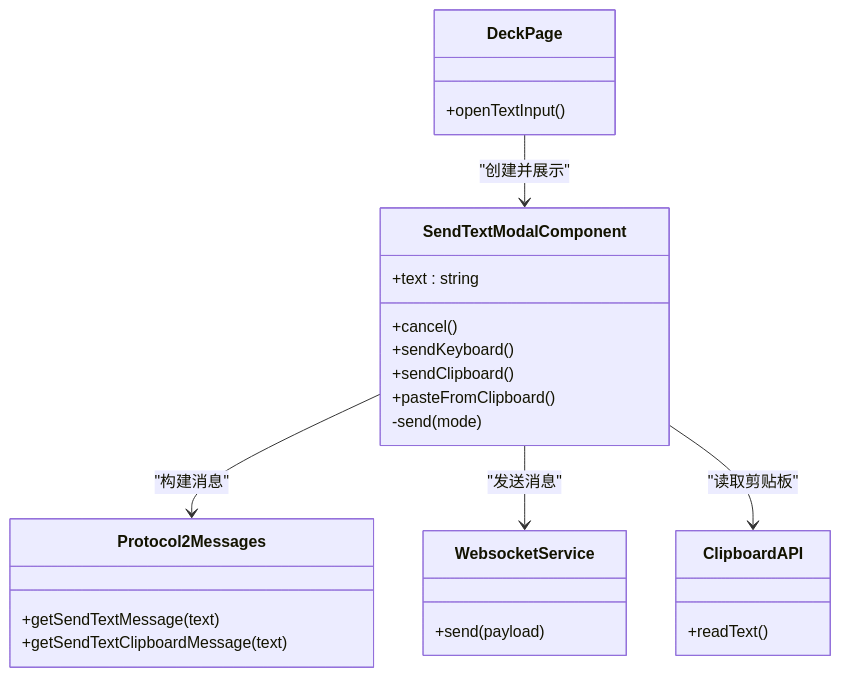
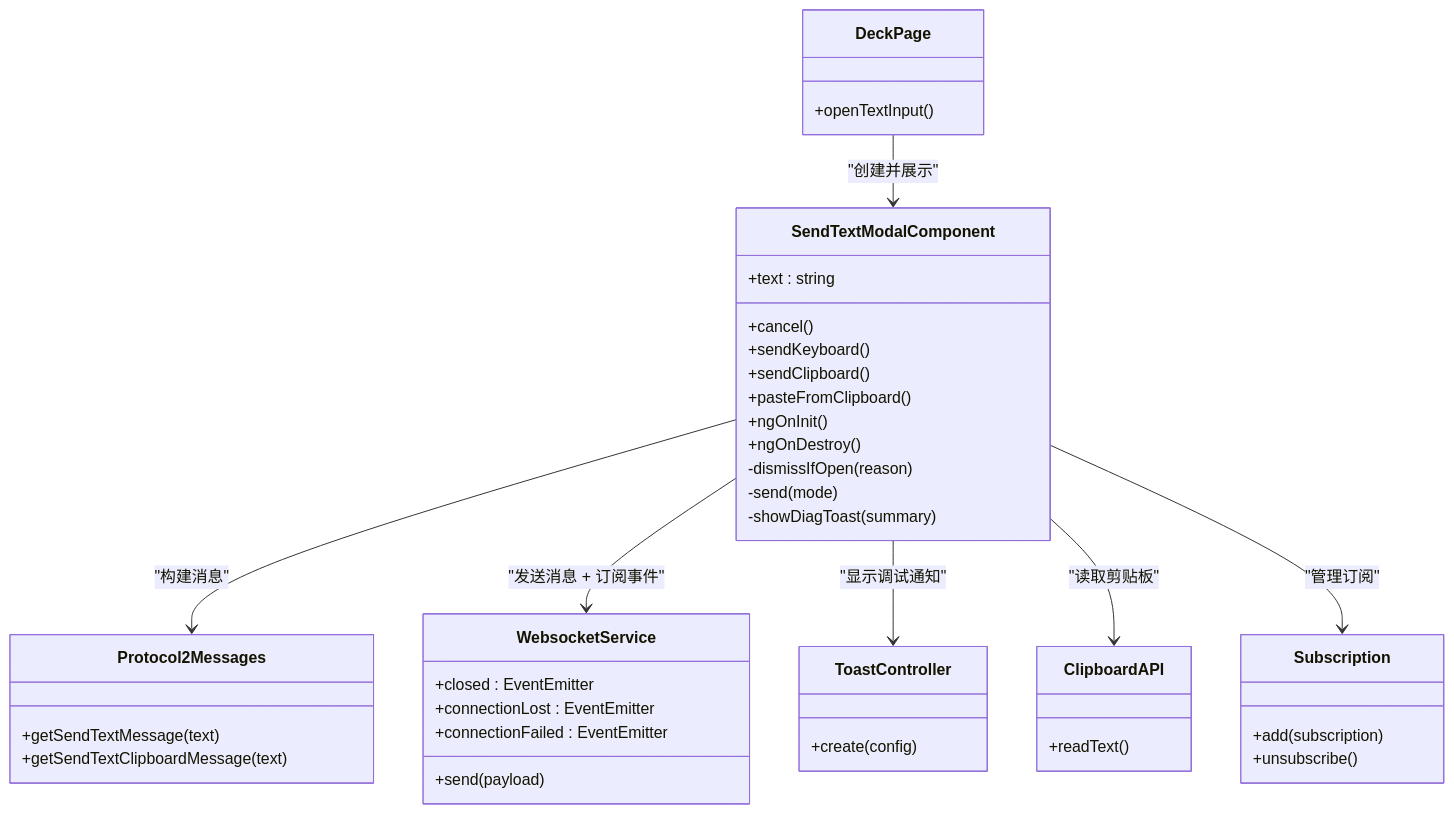
Before and after one commit to tea4go/Macro-Deck-Client-App: the fourth of 4 diagrams in .qoder/repowiki/zh/content/核心功能模块/文本发送功能.md, drawn with Mermaid. The commit also changed other lines of this file and 45 other files, not shown here.

````diff
--- a/.qoder/repowiki/zh/content/核心功能模块/文本发送功能.md
+++ b/.qoder/repowiki/zh/content/核心功能模块/文本发送功能.md
@@ -200,28 +221,44 @@
 ```mermaid
 classDiagram
 class DeckPage {
 +openTextInput()
 }
 class SendTextModalComponent {
 +text : string
 +cancel()
 +sendKeyboard()
 +sendClipboard()
 +pasteFromClipboard()
++ngOnInit()
++ngOnDestroy()
+-dismissIfOpen(reason)
 -send(mode)
+-showDiagToast(summary)
 }
 class Protocol2Messages {
 +getSendTextMessage(text)
 +getSendTextClipboardMessage(text)
 }
 class WebsocketService {
 +send(payload)
++closed : EventEmitter
++connectionLost : EventEmitter
++connectionFailed : EventEmitter
+}
+class ToastController {
++create(config)
 }
 class ClipboardAPI {
 +readText()
 }
+class Subscription {
++add(subscription)
++unsubscribe()
+}
 DeckPage --> SendTextModalComponent : "创建并展示"
 SendTextModalComponent --> Protocol2Messages : "构建消息"
-SendTextModalComponent --> WebsocketService : "发送消息"
+SendTextModalComponent --> WebsocketService : "发送消息 + 订阅事件"
+SendTextModalComponent --> ToastController : "显示调试通知"
 SendTextModalComponent --> ClipboardAPI : "读取剪贴板"
+SendTextModalComponent --> Subscription : "管理订阅"
 ```
````
